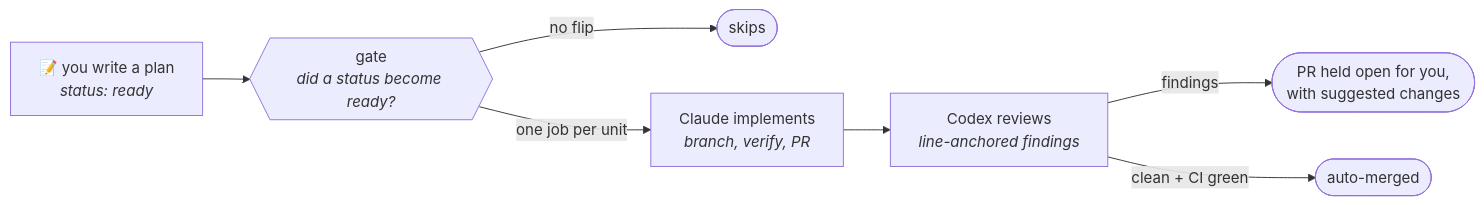
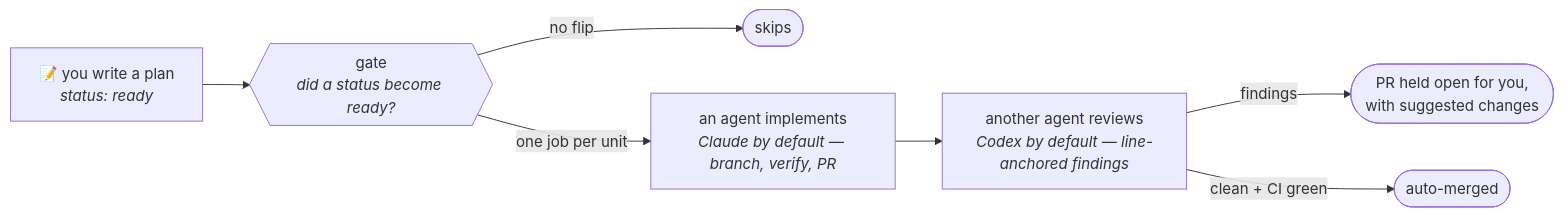
The first of 2 diagrams in README.md (RatulMaharaj/factory), drawn with Mermaid before and after one commit. The commit also changed other lines of this file and 8 other files, not shown here.

First line of the commit message:
Per-workflow agents (claude/codex/muse), auto-revise, configurable auto-merge (#8)

````diff
--- a/README.md
+++ b/README.md
@@ -15,9 +15,9 @@
 ```mermaid
 flowchart LR
     A["📝 you write a plan<br/><i>status: ready</i>"] --> B{{"gate<br/><i>did a status become ready?</i>"}}
     B -- "no flip" --> Z(["skips"])
-    B -- "one job per unit" --> C["Claude implements<br/><i>branch, verify, PR</i>"]
-    C --> D["Codex reviews<br/><i>line-anchored findings</i>"]
+    B -- "one job per unit" --> C["an agent implements<br/><i>Claude by default — branch, verify, PR</i>"]
+    C --> D["another agent reviews<br/><i>Codex by default — line-anchored findings</i>"]
     D -- "findings" --> E(["PR held open for you,<br/>with suggested changes"])
     D -- "clean + CI green" --> F(["auto-merged"])
 ```
````
